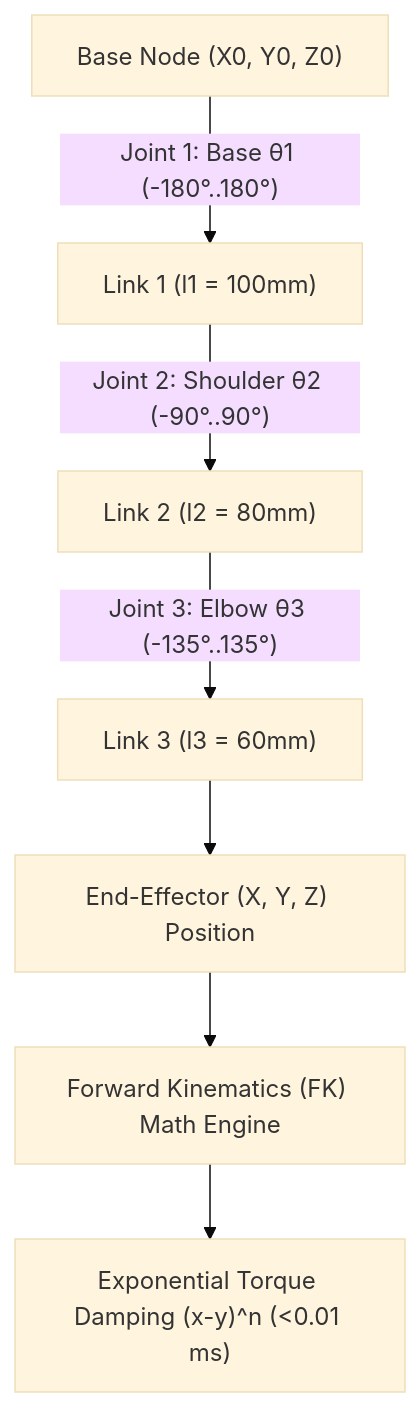
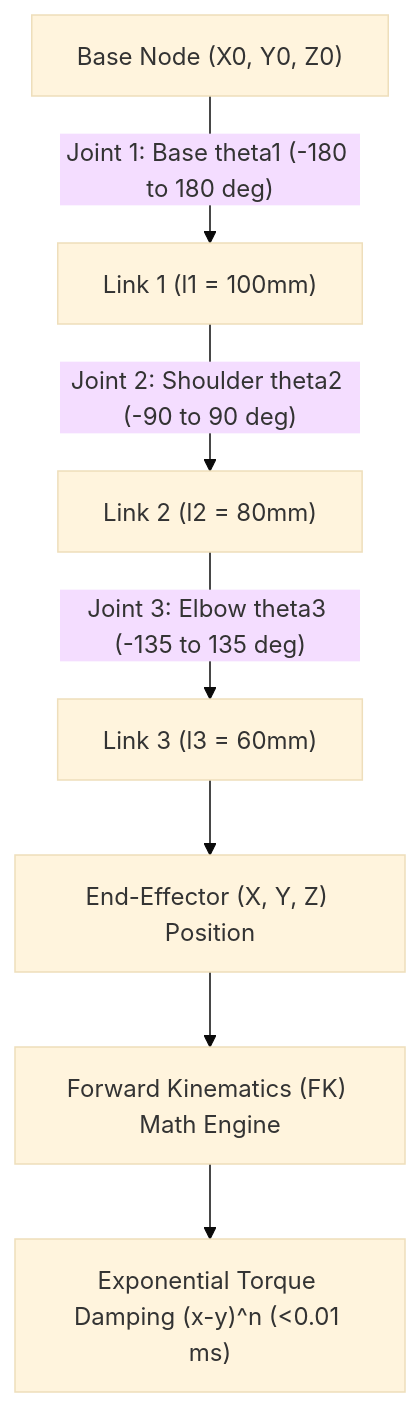
The third of 6 diagrams in README.md (SamuelPurba/Rumus-Perpangkatan-Universal-4.0), drawn with Mermaid (base theme) before and after one commit.

Commit message:
fix(mermaid): perbaiki parse error pada edge label diagram Mermaid Robotics Arm di README.md

````diff
--- a/README.md
+++ b/README.md
@@ -298,10 +298,10 @@
 ```mermaid
 graph TD
-    BASE["Base Node (X0, Y0, Z0)"] -->|"Joint 1: Base θ1 (-180°..180°)"| LINK1["Link 1 (l1 = 100mm)"]
-    LINK1 -->|"Joint 2: Shoulder θ2 (-90°..90°)"| LINK2["Link 2 (l2 = 80mm)"]
-    LINK2 -->|"Joint 3: Elbow θ3 (-135°..135°)"| LINK3["Link 3 (l3 = 60mm)"]
+    BASE["Base Node (X0, Y0, Z0)"] -- "Joint 1: Base theta1 (-180 to 180 deg)" --> LINK1["Link 1 (l1 = 100mm)"]
+    LINK1 -- "Joint 2: Shoulder theta2 (-90 to 90 deg)" --> LINK2["Link 2 (l2 = 80mm)"]
+    LINK2 -- "Joint 3: Elbow theta3 (-135 to 135 deg)" --> LINK3["Link 3 (l3 = 60mm)"]
     LINK3 --> EE["End-Effector (X, Y, Z) Position"]
     
     EE --> FK_SOLVER["Forward Kinematics (FK) Math Engine"]
     FK_SOLVER --> DAMPING["Exponential Torque Damping (x-y)^n (<0.01 ms)"]
 ```
````
